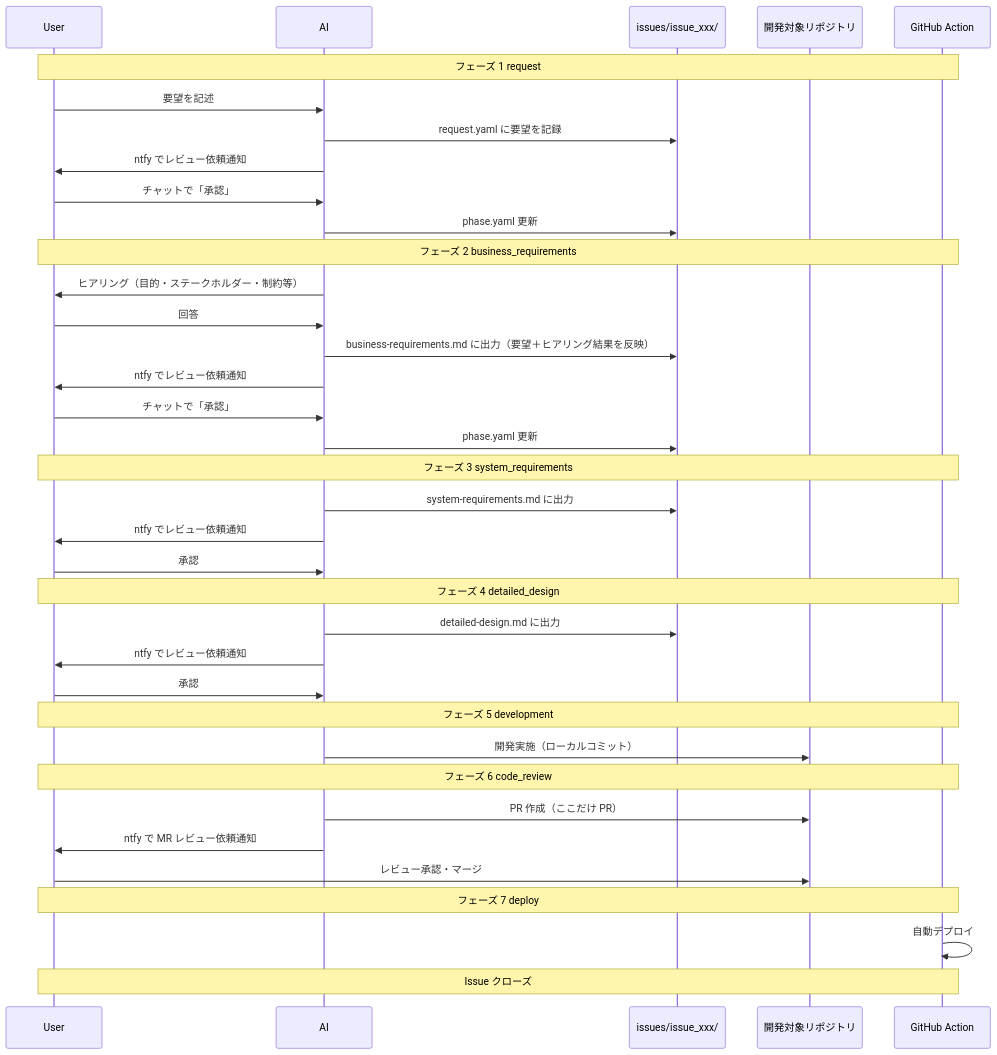
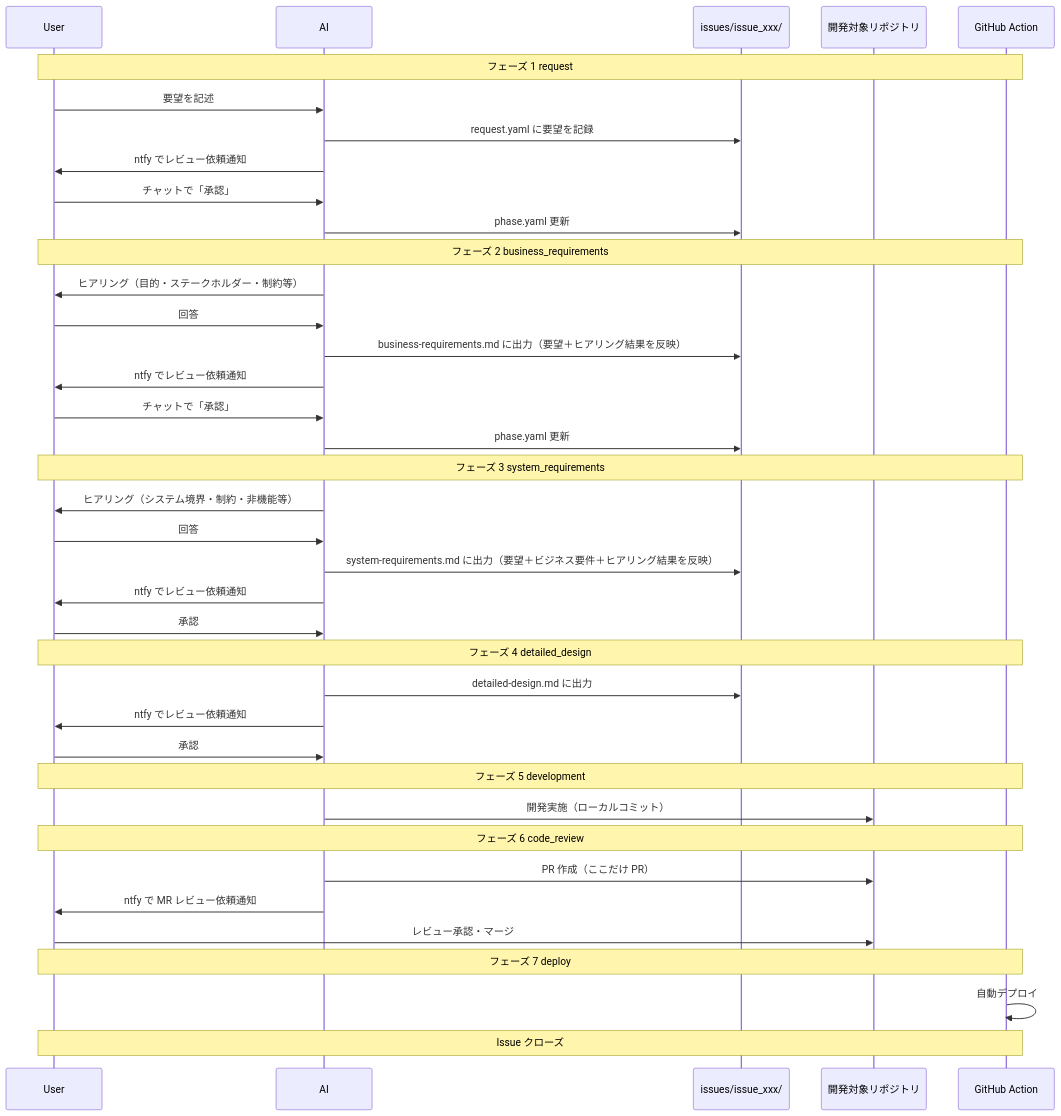
The diagram in .rulesync/skills/dev_workflow/references/flow.md (kuroweb/ai-workspace), drawn with Mermaid before and after one commit. The commit also changed other lines of this file and 2 other files, not shown here.

Commit message:
feat(dev_workflow): phase3 にヒアリングを追加 (issue_002)
- hearing-guide.md に「フェーズ 3（システム要件）用」セクションを追加
- SKILL.md フェーズ 3 をヒアリング→コピー→記載→通知→承認待ちに変更
- flow.md のフェーズ 3 をヒアリング実施のうえ作成に更新

````diff
--- a/.rulesync/skills/dev_workflow/references/flow.md
+++ b/.rulesync/skills/dev_workflow/references/flow.md
@@ -14,45 +14,47 @@
 ```mermaid
 sequenceDiagram
   participant User as User
   participant AI as AI
   participant Local as issues/issue_xxx/
   participant Repo as 開発対象リポジトリ
   participant GA as GitHub Action
 
   Note over User,GA: フェーズ 1 request
   User->>AI: 要望を記述
   AI->>Local: request.yaml に要望を記録
   AI->>User: ntfy でレビュー依頼通知
   User->>AI: チャットで「承認」
   AI->>Local: phase.yaml 更新
 
   Note over User,GA: フェーズ 2 business_requirements
   AI->>User: ヒアリング（目的・ステークホルダー・制約等）
   User->>AI: 回答
   AI->>Local: business-requirements.md に出力（要望＋ヒアリング結果を反映）
   AI->>User: ntfy でレビュー依頼通知
   User->>AI: チャットで「承認」
   AI->>Local: phase.yaml 更新
 
   Note over User,GA: フェーズ 3 system_requirements
-  AI->>Local: system-requirements.md に出力
+  AI->>User: ヒアリング（システム境界・制約・非機能等）
+  User->>AI: 回答
+  AI->>Local: system-requirements.md に出力（要望＋ビジネス要件＋ヒアリング結果を反映）
   AI->>User: ntfy でレビュー依頼通知
   User->>AI: 承認
 
   Note over User,GA: フェーズ 4 detailed_design
   AI->>Local: detailed-design.md に出力
   AI->>User: ntfy でレビュー依頼通知
   User->>AI: 承認
 
   Note over User,GA: フェーズ 5 development
   AI->>Repo: 開発実施（ローカルコミット）
 
   Note over User,GA: フェーズ 6 code_review
   AI->>Repo: PR 作成（ここだけ PR）
   AI->>User: ntfy で MR レビュー依頼通知
   User->>Repo: レビュー承認・マージ
 
   Note over User,GA: フェーズ 7 deploy
   GA->>GA: 自動デプロイ
   Note over User,GA: Issue クローズ
 ```
````
